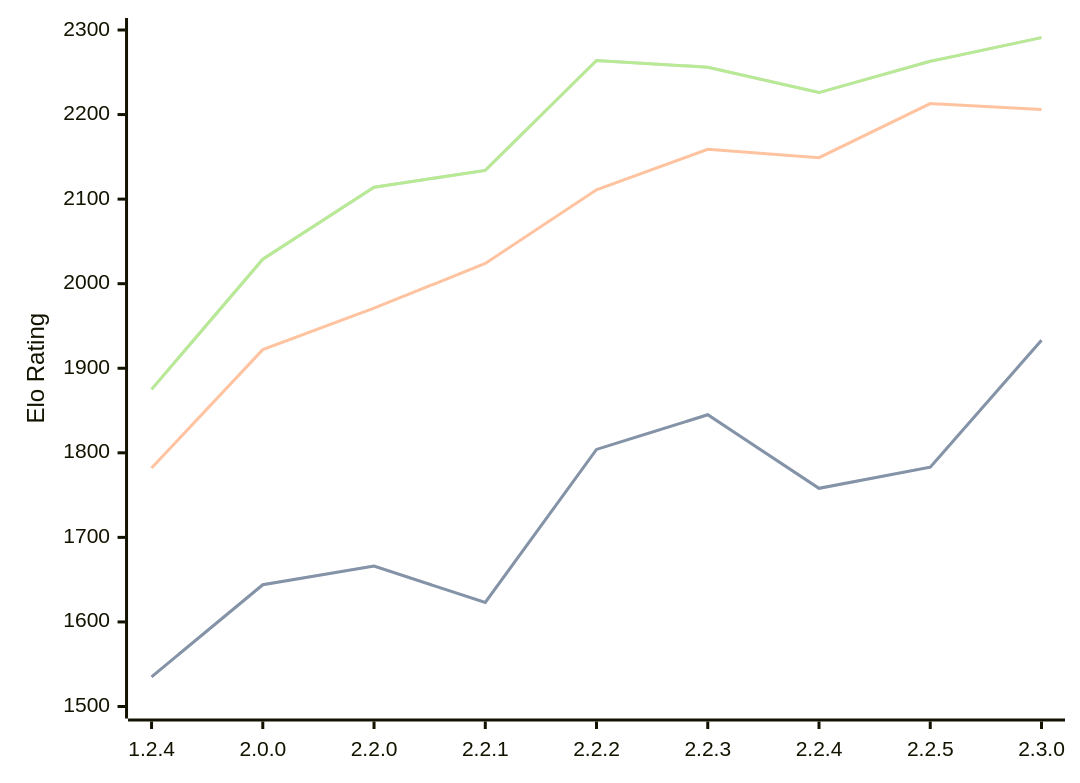
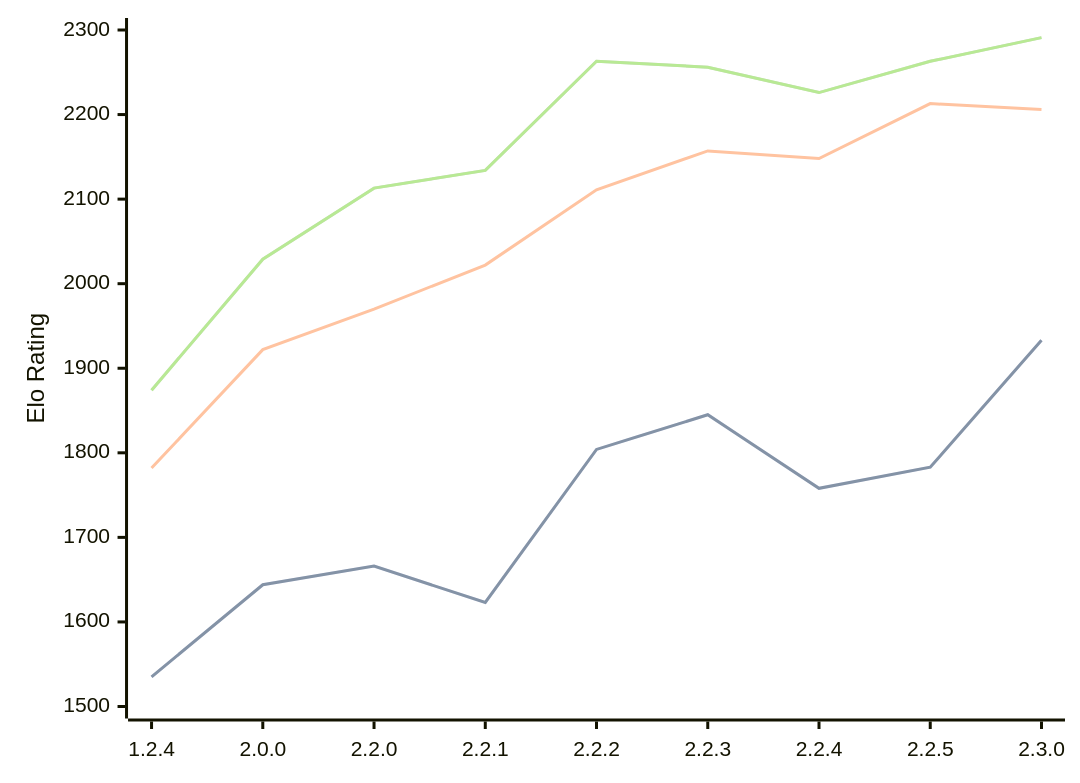
The diagram in engines/Kreveta.md (computer-chess-index/cci), drawn with Mermaid before and after one commit. The commit also changed other lines of this file, not shown here.

Commit message:
Update CCI Ratings (ELO VLTC) - 2026-05-04

````diff
--- a/engines/Kreveta.md
+++ b/engines/Kreveta.md
@@ -42,11 +42,11 @@
 ```mermaid
 %%{init: {"theme":"base","themeVariables":{"seriesColors:['#a3a3a3','#222221','#faa371']}}}%%
 xychart-beta
   x-axis ["1.2.4", "2.0.0", "2.2.0", "2.2.1", "2.2.2", "2.2.3", "2.2.4", "2.2.5", "2.3.0"]
   y-axis "Elo Rating" 1500 --> 2300
   line "STC (8.0+0.08s)" [1535, 1644, 1666, 1623, 1804, 1845, 1758, 1783, 1933]
   line "STC (8.0+0.08s)" [1535, 1644, 1666, 1623, 1804, 1845, 1758, 1783, 1933]
-  line "LTC (60.0+0.60s)" [1782, 1922, 1971, 2024, 2111, 2159, 2149, 2213, 2206]
-  line "VLTC (2m24s+1.12s)" [1875, 2029, 2114, 2134, 2264, 2256, 2226, 2263, 2291]
-  line "VLTC (2m24s+1.12s)" [1875, 2029, 2114, 2134, 2264, 2256, 2226, 2263, 2291]
+  line "LTC (60.0+0.60s)" [1782, 1922, 1970, 2022, 2111, 2157, 2148, 2213, 2206]
+  line "VLTC (2m24s+1.12s)" [1874, 2029, 2113, 2134, 2263, 2256, 2226, 2263, 2291]
+  line "VLTC (2m24s+1.12s)" [1874, 2029, 2113, 2134, 2263, 2256, 2226, 2263, 2291]
 ```
````
